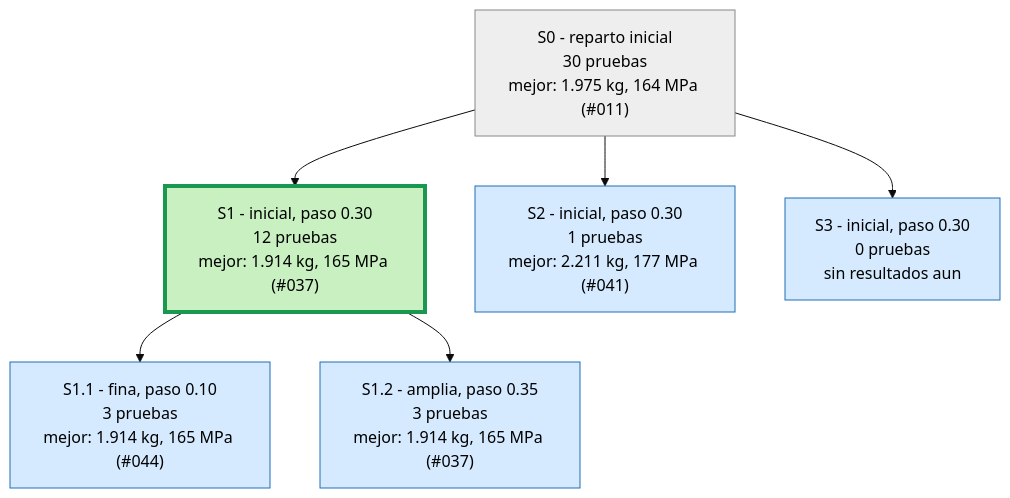
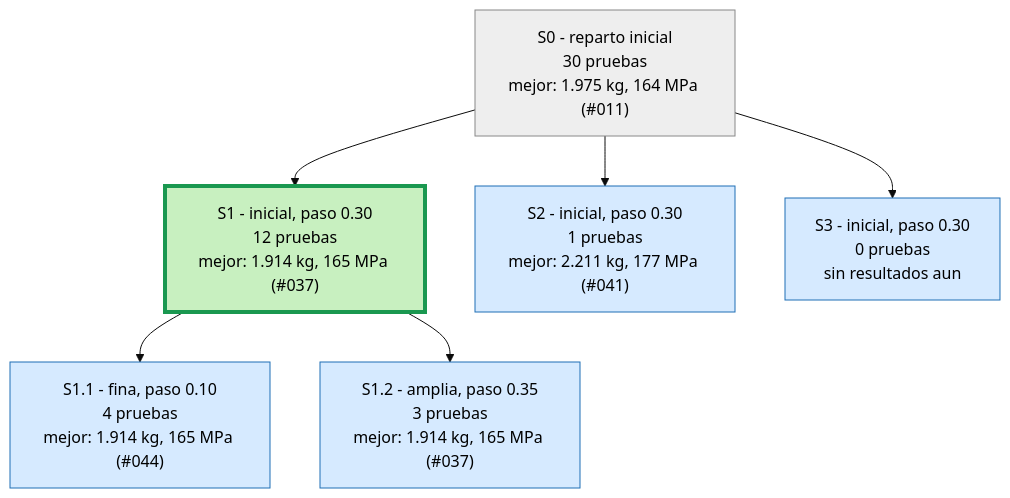
One commit to Hugiko/msd-soporte-optimizacion changed the first of 4 diagrams in runs/opt_37800N/ARBOL.md. Above: the diagram before and after it, drawn with Mermaid (base theme). The commit also changed 14 other files, not shown here.

````diff
--- a/runs/opt_37800N/ARBOL.md
+++ b/runs/opt_37800N/ARBOL.md
@@ -9,17 +9,17 @@
 ```mermaid
 graph TD
 classDef activa fill:#d6eaff,stroke:#1f6fb5,color:#000
 classDef fin fill:#eeeeee,stroke:#888,color:#000
 classDef mejor fill:#c8f0c0,stroke:#1a9850,stroke-width:4px,color:#000
 S0["S0 - reparto inicial<br/>30 pruebas<br/>mejor: 1.975 kg, 164 MPa (#011)"]:::fin
 S1["S1 - inicial, paso 0.30<br/>12 pruebas<br/>mejor: 1.914 kg, 165 MPa (#037)"]:::mejor
 S0 --> S1
 S2["S2 - inicial, paso 0.30<br/>1 pruebas<br/>mejor: 2.211 kg, 177 MPa (#041)"]:::activa
 S0 --> S2
 S3["S3 - inicial, paso 0.30<br/>0 pruebas<br/>sin resultados aun"]:::activa
 S0 --> S3
-S1_1["S1.1 - fina, paso 0.10<br/>3 pruebas<br/>mejor: 1.914 kg, 165 MPa (#044)"]:::activa
+S1_1["S1.1 - fina, paso 0.10<br/>4 pruebas<br/>mejor: 1.914 kg, 165 MPa (#044)"]:::activa
 S1 --> S1_1
 S1_2["S1.2 - amplia, paso 0.35<br/>3 pruebas<br/>mejor: 1.914 kg, 165 MPa (#037)"]:::activa
 S1 --> S1_2
 ```
````
